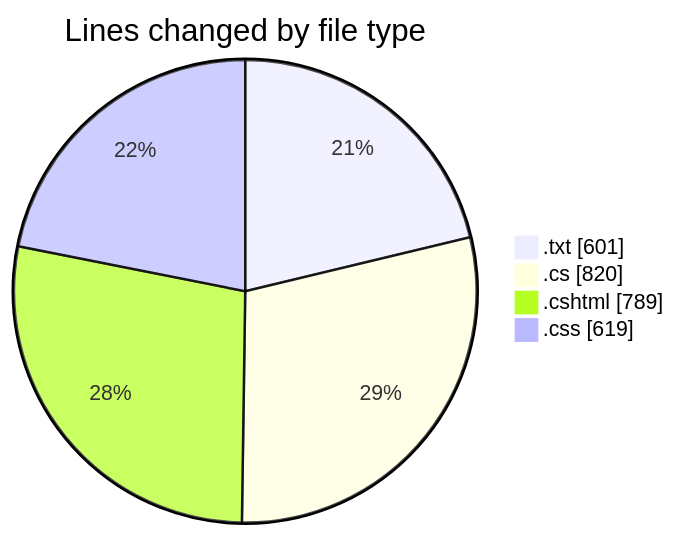
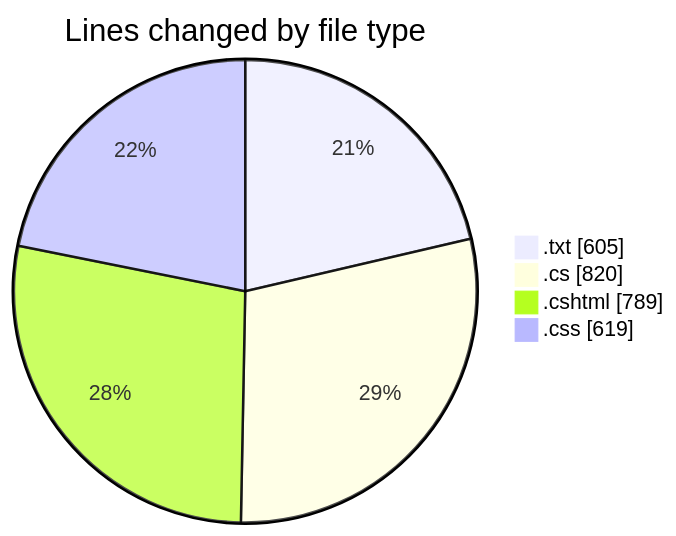
Before and after one commit to lephambinh05/code-tracking: the first of 2 diagrams in 2025-07-26/quanlyrapchieuphim-1/README.md, drawn with Mermaid. The commit also changed other lines of this file and 1 other file, not shown here.

````diff
--- a/2025-07-26/quanlyrapchieuphim-1/README.md
+++ b/2025-07-26/quanlyrapchieuphim-1/README.md
@@ -27,8 +27,8 @@
 ```mermaid
 pie showData
 title Lines changed by file type
-".txt" : 601
+".txt" : 605
 ".cs" : 820
 ".cshtml" : 789
 ".css" : 619
 ```
````
